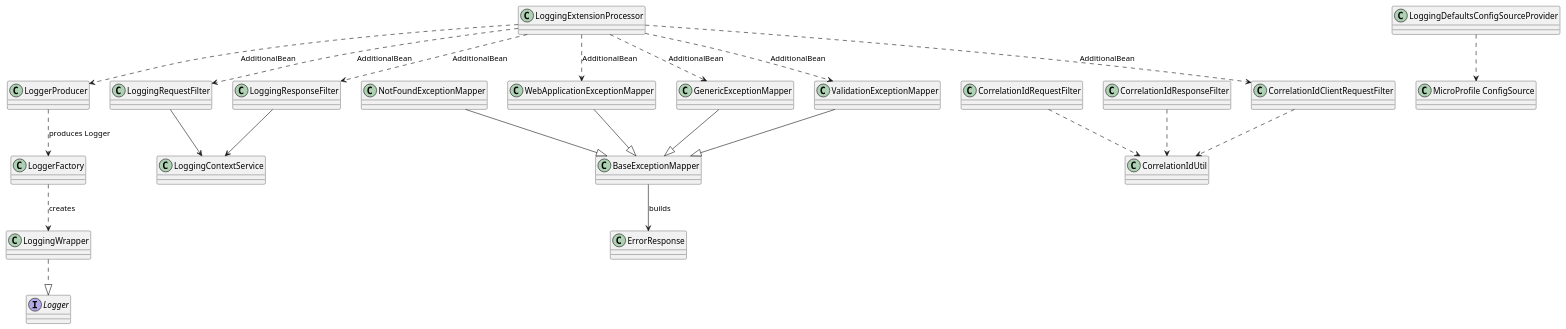
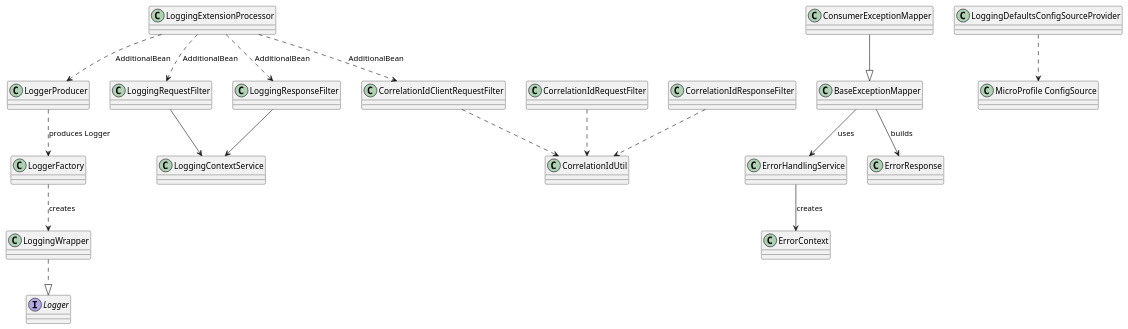
Before and after one commit to marstusch/loglib: the diagram in docs/architecture/class-diagram.md, drawn with PlantUML. The commit also changed other lines of this file and 4 other files, not shown here.

Commit message:
docs(architecture): align diagrams with current exception handling model

````diff
--- a/docs/architecture/class-diagram.md
+++ b/docs/architecture/class-diagram.md
@@ -5,52 +5,47 @@
 ```plantuml
 @startuml
 skinparam classAttributeIconSize 0
 
 interface Logger
 class LoggerFactory
 class LoggingWrapper
 class LoggerProducer
 class LoggingRequestFilter
 class LoggingResponseFilter
 class LoggingContextService
 class CorrelationIdRequestFilter
 class CorrelationIdResponseFilter
 class CorrelationIdClientRequestFilter
 class CorrelationIdUtil
 class BaseExceptionMapper
-class GenericExceptionMapper
-class ValidationExceptionMapper
-class WebApplicationExceptionMapper
-class NotFoundExceptionMapper
+class ErrorHandlingService
+class ErrorContext
 class ErrorResponse
+class ConsumerExceptionMapper
 class LoggingDefaultsConfigSourceProvider
 class LoggingExtensionProcessor
 
 LoggerFactory ..> LoggingWrapper : creates
 LoggingWrapper ..|> Logger
 LoggerProducer ..> LoggerFactory : produces Logger
 
 LoggingRequestFilter --> LoggingContextService
 LoggingResponseFilter --> LoggingContextService
 
 CorrelationIdRequestFilter ..> CorrelationIdUtil
 CorrelationIdResponseFilter ..> CorrelationIdUtil
 CorrelationIdClientRequestFilter ..> CorrelationIdUtil
 
+BaseExceptionMapper --> ErrorHandlingService : uses
 BaseExceptionMapper --> ErrorResponse : builds
-GenericExceptionMapper --|> BaseExceptionMapper
-ValidationExceptionMapper --|> BaseExceptionMapper
-WebApplicationExceptionMapper --|> BaseExceptionMapper
-NotFoundExceptionMapper --|> BaseExceptionMapper
+ErrorHandlingService --> ErrorContext : creates
+ConsumerExceptionMapper --|> BaseExceptionMapper
 
 LoggingExtensionProcessor ..> LoggerProducer : AdditionalBean
 LoggingExtensionProcessor ..> LoggingRequestFilter : AdditionalBean
 LoggingExtensionProcessor ..> LoggingResponseFilter : AdditionalBean
 LoggingExtensionProcessor ..> CorrelationIdClientRequestFilter : AdditionalBean
-LoggingExtensionProcessor ..> GenericExceptionMapper : AdditionalBean
-LoggingExtensionProcessor ..> ValidationExceptionMapper : AdditionalBean
-LoggingExtensionProcessor ..> WebApplicationExceptionMapper : AdditionalBean
 
 LoggingDefaultsConfigSourceProvider ..> "MicroProfile ConfigSource"
 @enduml
 ```
````
